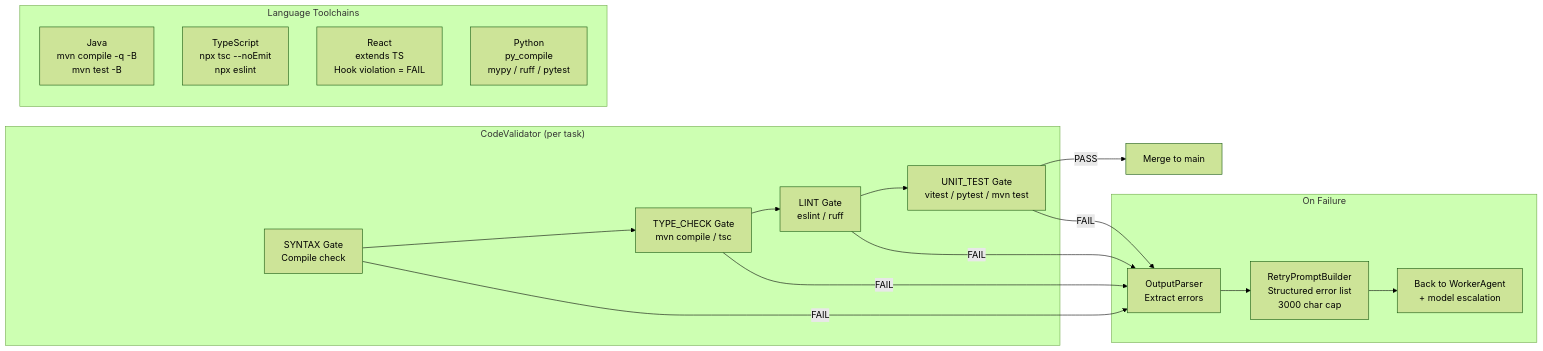
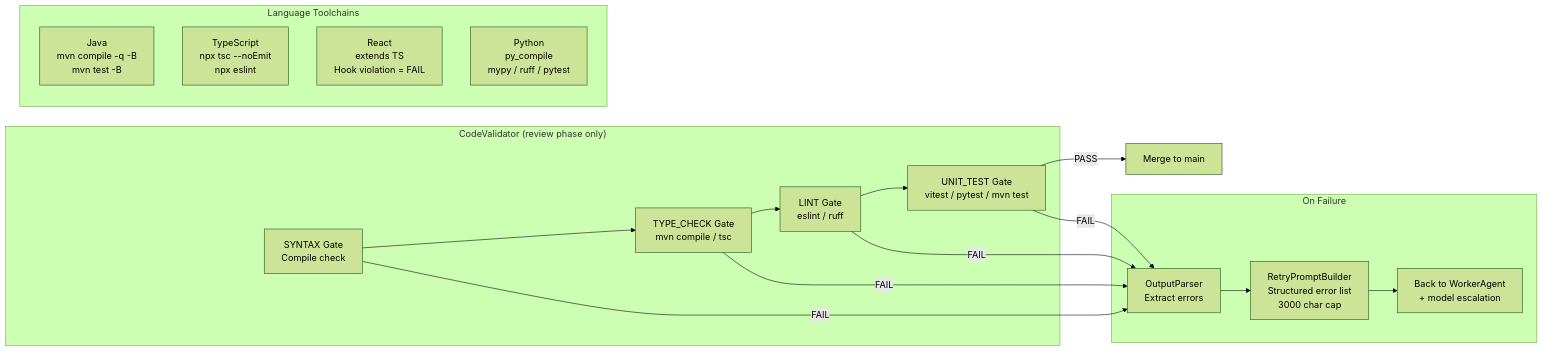
Before and after one commit to navneetprabhakar/executespec: the fifth of 13 diagrams in docs/ARCHITECTURE.md, drawn with Mermaid (forest theme). The commit also changed other lines of this file and 47 other files, not shown here.

````diff
--- a/docs/ARCHITECTURE.md
+++ b/docs/ARCHITECTURE.md
@@ -258,26 +287,26 @@
 ```mermaid
 graph LR
-    subgraph "CodeValidator (per task)"
+    subgraph "CodeValidator (review phase only)"
         SYNTAX[SYNTAX Gate<br/>Compile check] --> TYPE[TYPE_CHECK Gate<br/>mvn compile / tsc]
         TYPE --> LINT[LINT Gate<br/>eslint / ruff]
         LINT --> TEST[UNIT_TEST Gate<br/>vitest / pytest / mvn test]
     end
 
     subgraph "Language Toolchains"
         JAVA[Java<br/>mvn compile -q -B<br/>mvn test -B]
         TS[TypeScript<br/>npx tsc --noEmit<br/>npx eslint]
         REACT[React<br/>extends TS<br/>Hook violation = FAIL]
         PY[Python<br/>py_compile<br/>mypy / ruff / pytest]
     end
 
     subgraph "On Failure"
         PARSE[OutputParser<br/>Extract errors] --> RETRY_PROMPT[RetryPromptBuilder<br/>Structured error list<br/>3000 char cap]
         RETRY_PROMPT --> WORKER[Back to WorkerAgent<br/>+ model escalation]
     end
 
     TEST -->|PASS| MERGE[Merge to main]
     TEST -->|FAIL| PARSE
     LINT -->|FAIL| PARSE
     TYPE -->|FAIL| PARSE
     SYNTAX -->|FAIL| PARSE
 ```
````
